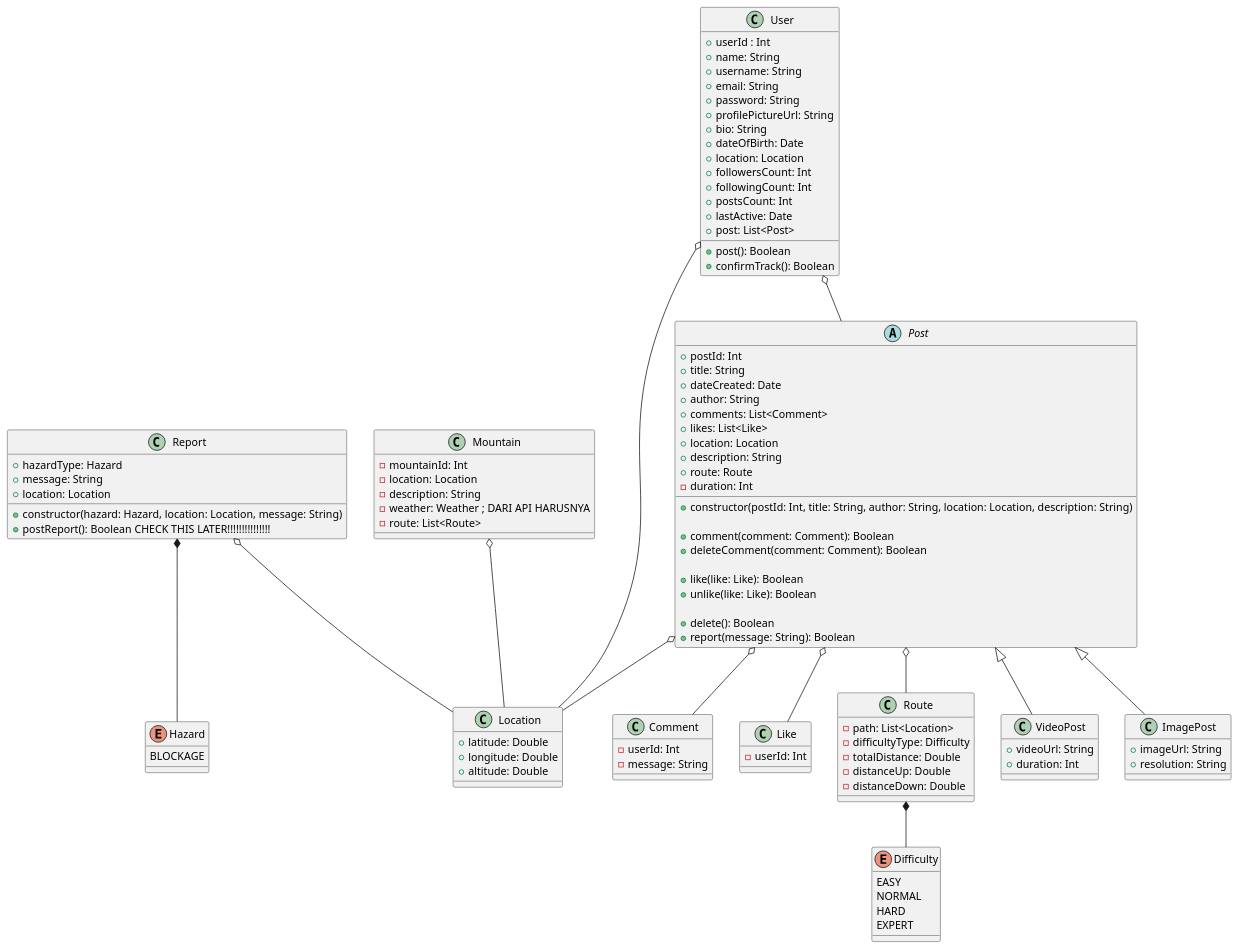
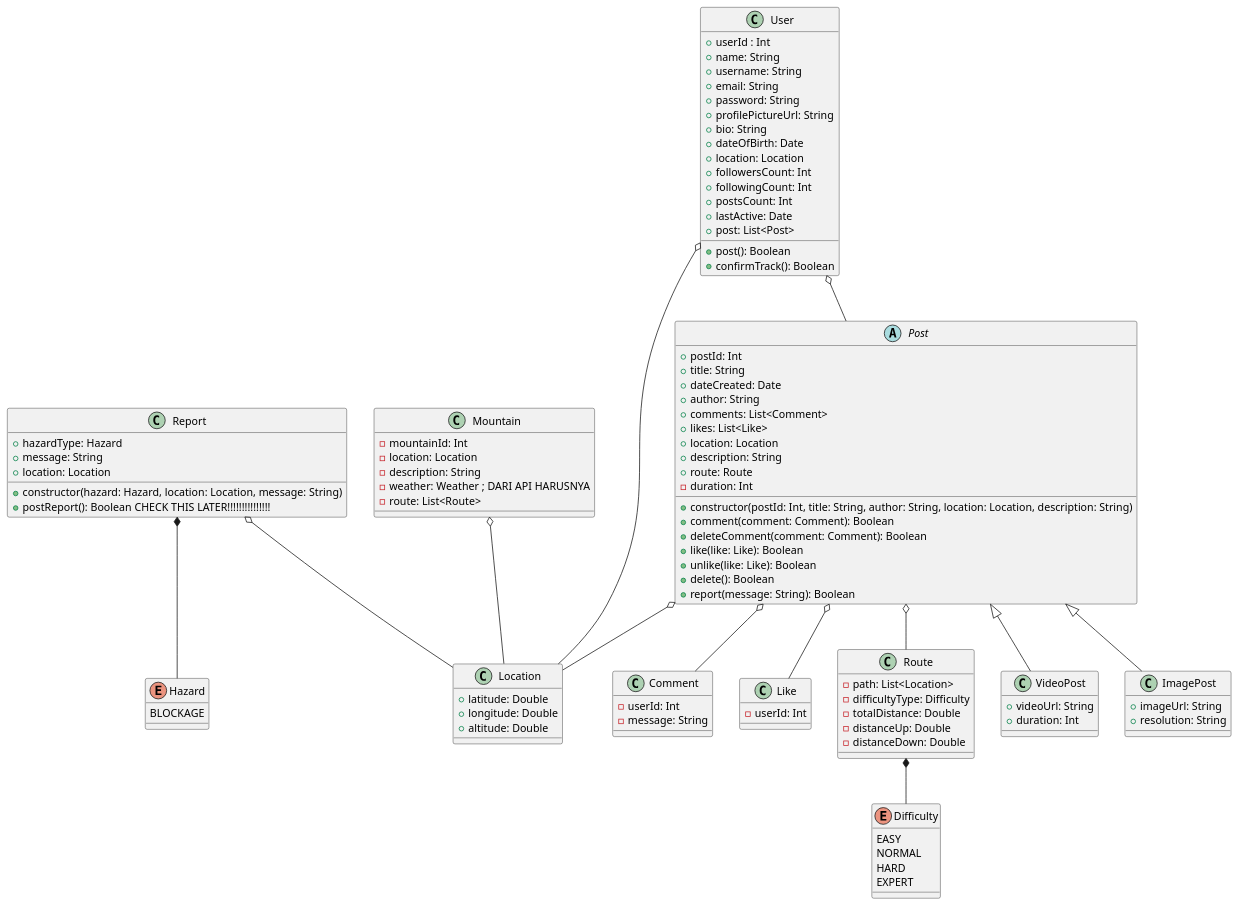
Before and after one commit to albertolionardi/Jelajahi: the diagram in app/src/androidTest/assets/ClassDiagram.puml, drawn with PlantUML. The commit also changed 10 other files, not shown here.

```diff
--- a/app/src/androidTest/assets/ClassDiagram.puml
+++ b/app/src/androidTest/assets/ClassDiagram.puml
@@ -1,121 +1,116 @@
 @startuml
 'https://plantuml.com/class-diagram
-enum Hazard{
+
+enum Hazard {
     BLOCKAGE
 }
 
-enum Difficulty{
+enum Difficulty {
     EASY
     NORMAL
     HARD
     EXPERT
 }
 
-class Report{
+class Report {
     +hazardType: Hazard
     +message: String
     +location: Location
     +constructor(hazard: Hazard, location: Location, message: String)
     +postReport(): Boolean CHECK THIS LATER!!!!!!!!!!!!!!!
 
 }
-class Mountain{
+class Mountain {
     -mountainId: Int
     -location: Location
     -description: String
     -weather: Weather ; DARI API HARUSNYA
     -route: List<Route>
 }
 class User {
     +userId : Int
     +name: String
     +username: String
     +email: String
     +password: String
     +profilePictureUrl: String
     +bio: String
     +dateOfBirth: Date
     +location: Location
     +followersCount: Int
     +followingCount: Int
     +postsCount: Int
     +lastActive: Date
     +post: List<Post>
     +post(): Boolean
     +confirmTrack(): Boolean
 
 }
 
-class Comment{
+class Comment {
     -userId: Int
     -message: String
 }
-class Like{
+class Like {
     -userId: Int
 }
 class Location {
     +latitude: Double
     +longitude: Double
     +altitude: Double
 }
 
 abstract class Post {
     +postId: Int
     +title: String
     +dateCreated: Date
     +author: String
     +comments: List<Comment>
     +likes: List<Like>
     +location: Location
     +description: String
     +route: Route
     -duration: Int
 
 
     +constructor(postId: Int, title: String, author: String, location: Location, description: String)
-
     +comment(comment: Comment): Boolean
     +deleteComment(comment: Comment): Boolean
-
     +like(like: Like): Boolean
     +unlike(like: Like): Boolean
-
     +delete(): Boolean
     +report(message: String): Boolean
-
-
-
 }
 
-class Route{
+class Route {
     -path: List<Location>
     -difficultyType: Difficulty
     -totalDistance: Double
     -distanceUp: Double
     -distanceDown: Double
-
-
 }
 
 class VideoPost {
     +videoUrl: String
     +duration: Int
 }
 
 class ImagePost {
     +imageUrl: String
     +resolution: String
 }
+
 User o-- Location
 Post o-- Route
 Post o-- Comment
 Post o-- Like
 Post o-- Location
 Report *-- Hazard
 Post <|-- VideoPost
 Post <|-- ImagePost
 Route *-- Difficulty
 User o-- Post
 Mountain o-- Location
 Report o-- Location
+
 @enduml
```
